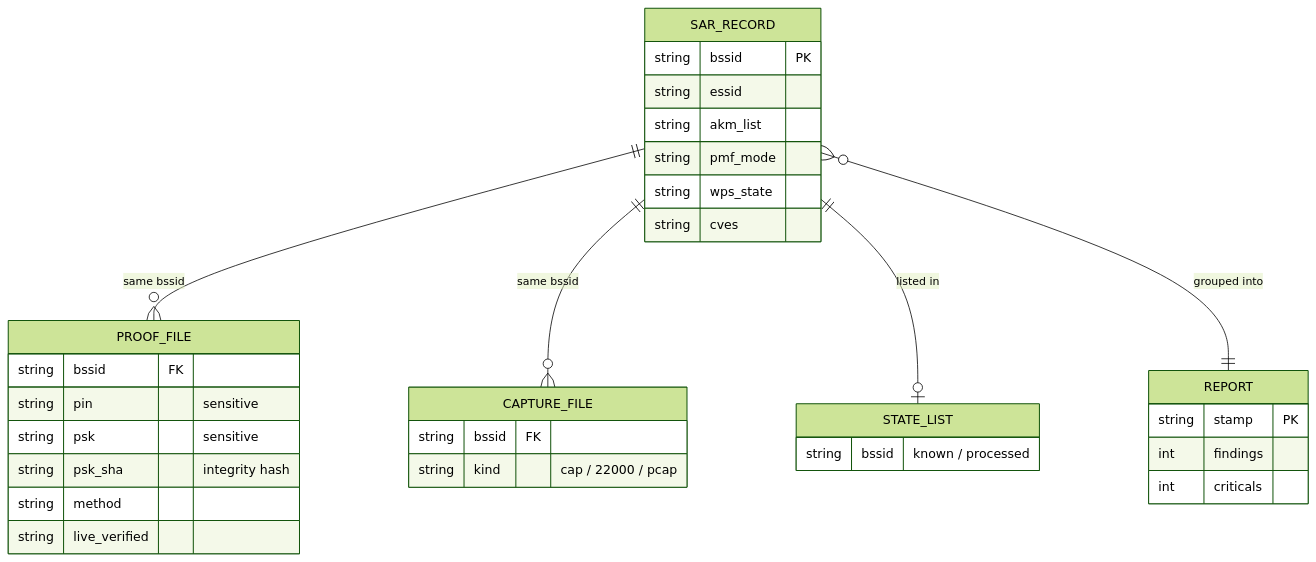
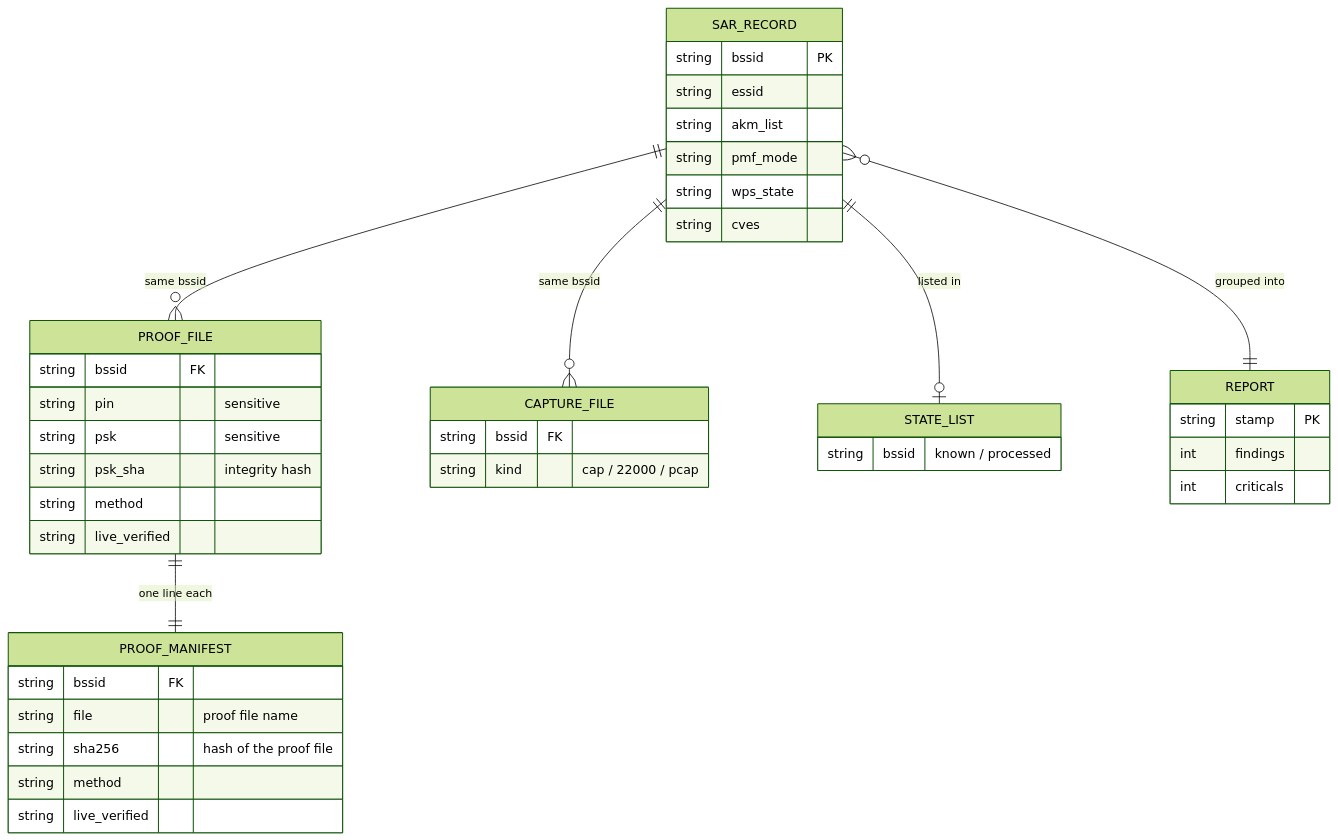
Before and after one commit to buybitart/cyclepatrol: the diagram in docs/outputs.md, drawn with Mermaid (forest theme). The commit also changed other lines of this file and 10 other files, not shown here.

````diff
--- a/docs/outputs.md
+++ b/docs/outputs.md
@@ -33,36 +34,44 @@
 ```mermaid
 erDiagram
     SAR_RECORD ||--o{ PROOF_FILE : "same bssid"
     SAR_RECORD ||--o{ CAPTURE_FILE : "same bssid"
     SAR_RECORD ||--o| STATE_LIST : "listed in"
     SAR_RECORD }o--|| REPORT : "grouped into"
+    PROOF_FILE ||--|| PROOF_MANIFEST : "one line each"
 
     SAR_RECORD {
         string bssid PK
         string essid
         string akm_list
         string pmf_mode
         string wps_state
         string cves
     }
     PROOF_FILE {
         string bssid FK
         string pin "sensitive"
         string psk "sensitive"
         string psk_sha "integrity hash"
         string method
         string live_verified
     }
+    PROOF_MANIFEST {
+        string bssid FK
+        string file "proof file name"
+        string sha256 "hash of the proof file"
+        string method
+        string live_verified
+    }
     CAPTURE_FILE {
         string bssid FK
         string kind "cap / 22000 / pcap"
     }
     STATE_LIST {
         string bssid "known / processed"
     }
     REPORT {
         string stamp PK
         int findings
         int criticals
     }
 ```
````
